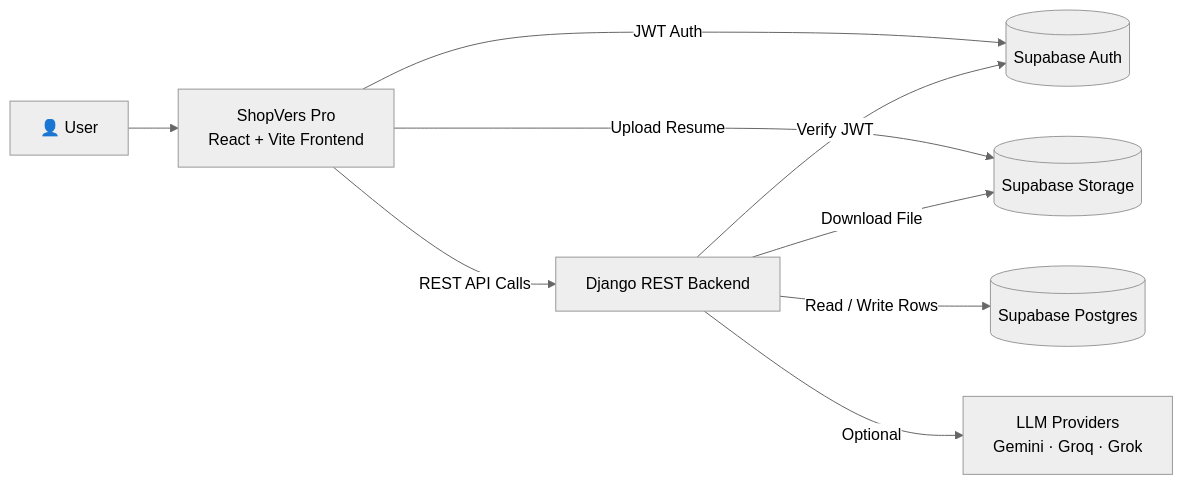
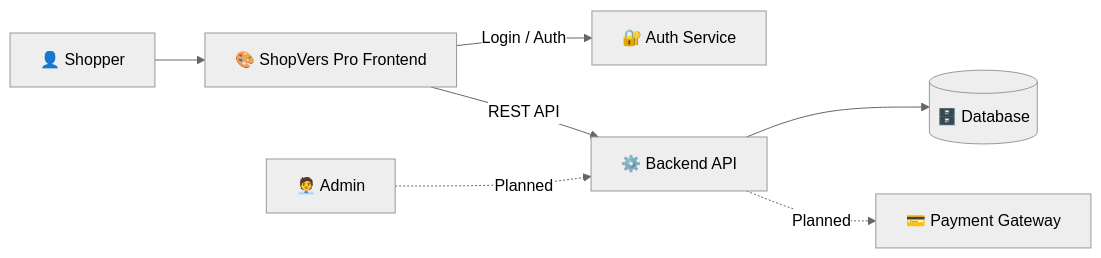
Before and after one commit to abuhuraira5130/Shopvers-pro-platform: the diagram in README.md, drawn with Mermaid (neutral theme). The commit also changed other lines of this file, not shown here.

````diff
--- a/README.md
+++ b/README.md
@@ -115,11 +115,9 @@
 ```mermaid
 flowchart LR
-    A[👤 User] --> B[ShopVers Pro<br/>React + Vite Frontend]
-    B -->|JWT Auth| C[(Supabase Auth)]
-    B -->|Upload Resume| D[(Supabase Storage)]
-    B -->|REST API Calls| E[Django REST Backend]
-    E -->|Verify JWT| C
-    E -->|Download File| D
-    E -->|Read / Write Rows| F[(Supabase Postgres)]
-    E -->|Optional| G[LLM Providers<br/>Gemini · Groq · Grok]
+    A[👤 Shopper] --> B[🎨 ShopVers Pro Frontend]
+    B -->|Login / Auth| C[🔐 Auth Service]
+    B -->|REST API| D[⚙️ Backend API]
+    D --> E[(🗄️ Database)]
+    D -.->|Planned| F[💳 Payment Gateway]
+    G[🧑‍💼 Admin] -.->|Planned| D
 ```
````
